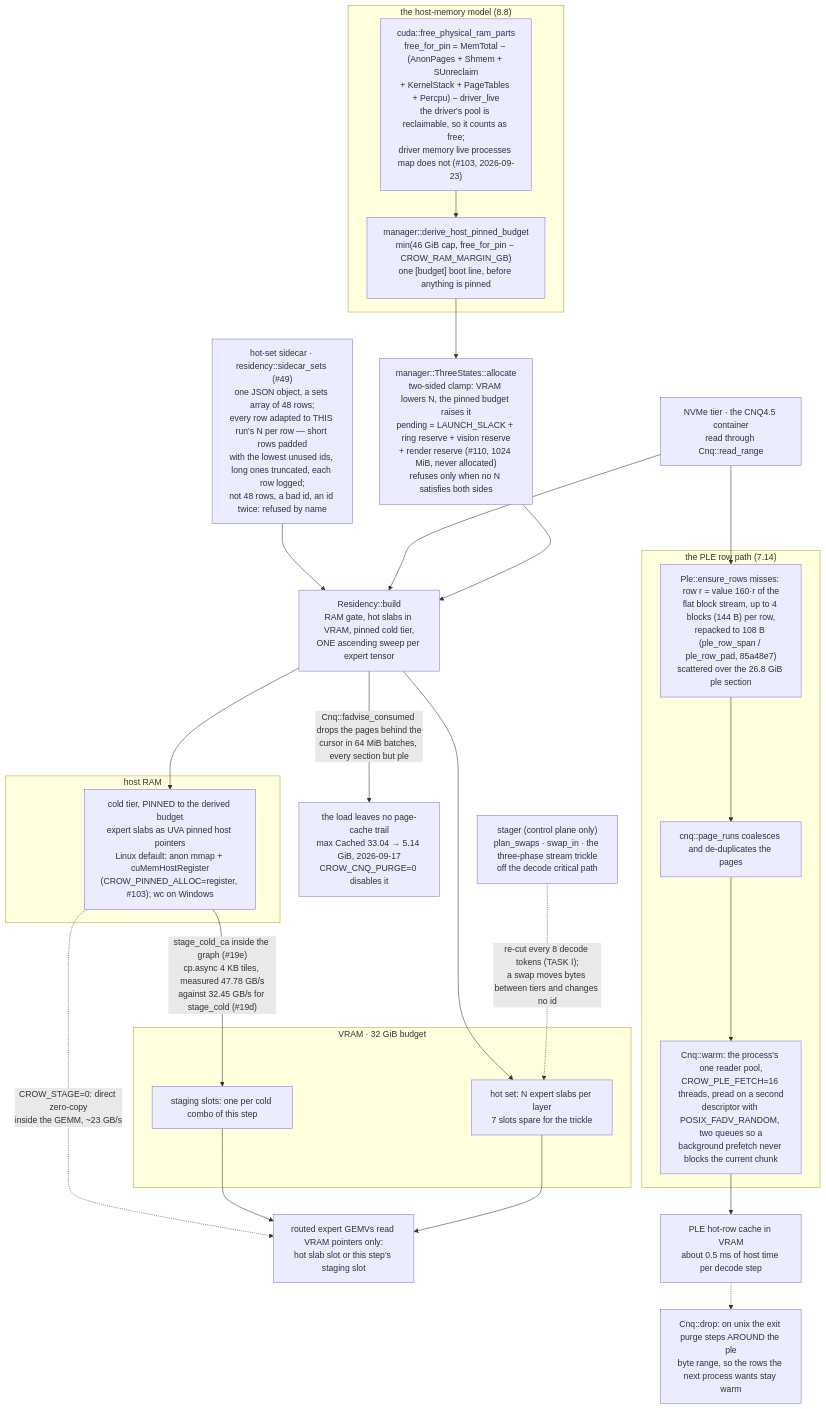
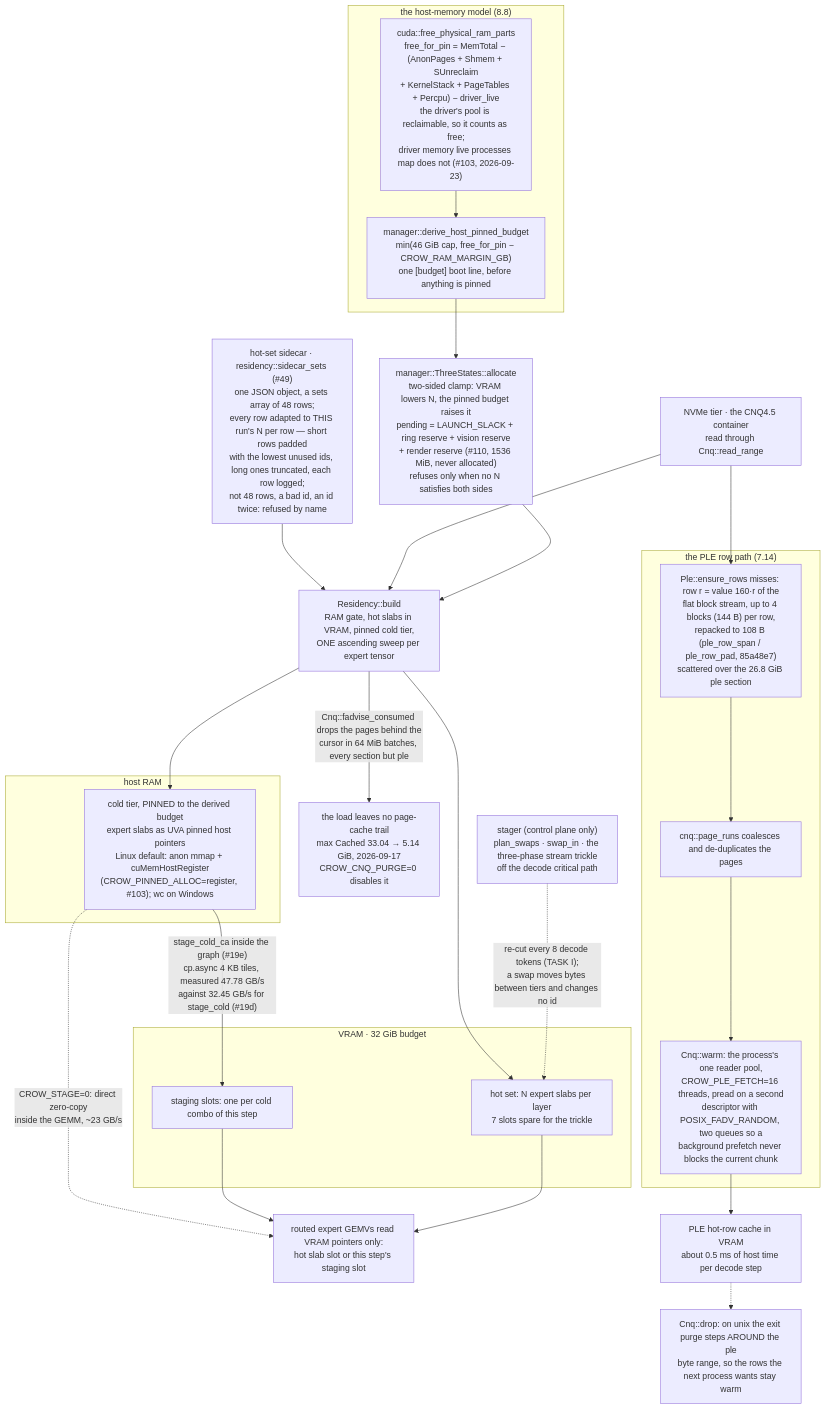
One commit to nibor1896/crow-nest changed the fourth of 8 diagrams in docs/diagrams.md. Above: the diagram before and after it, drawn with Mermaid. The commit also changed other lines of this file and 8 other files, not shown here.

First line of the commit message:
#110: raise the render reserve default from 1024 to 1536 MiB

````diff
--- a/docs/diagrams.md
+++ b/docs/diagrams.md
@@ -135,38 +135,38 @@
 ```mermaid
 flowchart TB
     subgraph hostmem["the host-memory model (8.8)"]
         RAM["cuda::free_physical_ram_parts\nfree_for_pin = MemTotal − (AnonPages + Shmem + SUnreclaim\n+ KernelStack + PageTables + Percpu) − driver_live\nthe driver's pool is reclaimable, so it counts as free;\ndriver memory live processes map does not (#103, 2026-09-23)"]
         BUD["manager::derive_host_pinned_budget\nmin(46 GiB cap, free_for_pin − CROW_RAM_MARGIN_GB)\none [budget] boot line, before anything is pinned"]
         RAM --> BUD
     end
-    BUD --> PLAN["manager::ThreeStates::allocate\ntwo-sided clamp: VRAM lowers N, the pinned budget raises it\npending = LAUNCH_SLACK + ring reserve + vision reserve\n+ render reserve (#110, 1024 MiB, never allocated)\nrefuses only when no N satisfies both sides"]
+    BUD --> PLAN["manager::ThreeStates::allocate\ntwo-sided clamp: VRAM lowers N, the pinned budget raises it\npending = LAUNCH_SLACK + ring reserve + vision reserve\n+ render reserve (#110, 1536 MiB, never allocated)\nrefuses only when no N satisfies both sides"]
     SIDE["hot-set sidecar · residency::sidecar_sets (#49)\none JSON object, a sets array of 48 rows;\nevery row adapted to THIS run's N per row — short rows padded\nwith the lowest unused ids, long ones truncated, each row logged;\nnot 48 rows, a bad id, an id twice: refused by name"] --> BUILD
     NVME["NVMe tier · the CNQ4.5 container\nread through Cnq::read_range"] --> BUILD
     PLAN --> BUILD["Residency::build\nRAM gate, hot slabs in VRAM, pinned cold tier,\nONE ascending sweep per expert tensor"]
     BUILD -->|"Cnq::fadvise_consumed drops the pages behind the\ncursor in 64 MiB batches, every section but ple"| PC["the load leaves no page-cache trail\nmax Cached 33.04 → 5.14 GiB, 2026-09-17\nCROW_CNQ_PURGE=0 disables it"]
     subgraph host["host RAM"]
         COLD["cold tier, PINNED to the derived budget\nexpert slabs as UVA pinned host pointers\nLinux default: anon mmap + cuMemHostRegister\n(CROW_PINNED_ALLOC=register, #103); wc on Windows"]
     end
     subgraph vram["VRAM · 32 GiB budget"]
         HOT["hot set: N expert slabs per layer\n7 slots spare for the trickle"]
         STAGE["staging slots: one per cold combo of this step"]
     end
     BUILD --> COLD
     BUILD --> HOT
     STAGER["stager (control plane only)\nplan_swaps · swap_in · the three-phase stream trickle\noff the decode critical path"]
     STAGER -.->|"re-cut every 8 decode tokens (TASK I);\na swap moves bytes between tiers and changes no id"| HOT
     COLD -->|"stage_cold_ca inside the graph (#19e)\ncp.async 4 KB tiles, measured 47.78 GB/s\nagainst 32.45 GB/s for stage_cold (#19d)"| STAGE
     COLD -.->|"CROW_STAGE=0: direct zero-copy\ninside the GEMM, ~23 GB/s"| GEMV
     STAGE --> GEMV["routed expert GEMVs read VRAM pointers only:\nhot slab slot or this step's staging slot"]
     HOT --> GEMV
     subgraph plerow["the PLE row path (7.14)"]
         MISS["Ple::ensure_rows misses: row r = value 160·r of the\nflat block stream, up to 4 blocks (144 B) per row,\nrepacked to 108 B (ple_row_span / ple_row_pad, 85a48e7)\nscattered over the 26.8 GiB ple section"]
         RUNS["cnq::page_runs coalesces and de-duplicates the pages"]
         WARM["Cnq::warm: the process's one reader pool,\nCROW_PLE_FETCH=16 threads, pread on a second\ndescriptor with POSIX_FADV_RANDOM, two queues so a\nbackground prefetch never blocks the current chunk"]
         MISS --> RUNS --> WARM
     end
     NVME --> MISS
     WARM --> PLEC["PLE hot-row cache in VRAM\nabout 0.5 ms of host time per decode step"]
     EXITP["Cnq::drop: on unix the exit purge steps AROUND the ple\nbyte range, so the rows the next process wants stay warm"]
     PLEC -.-> EXITP
 ```
````
